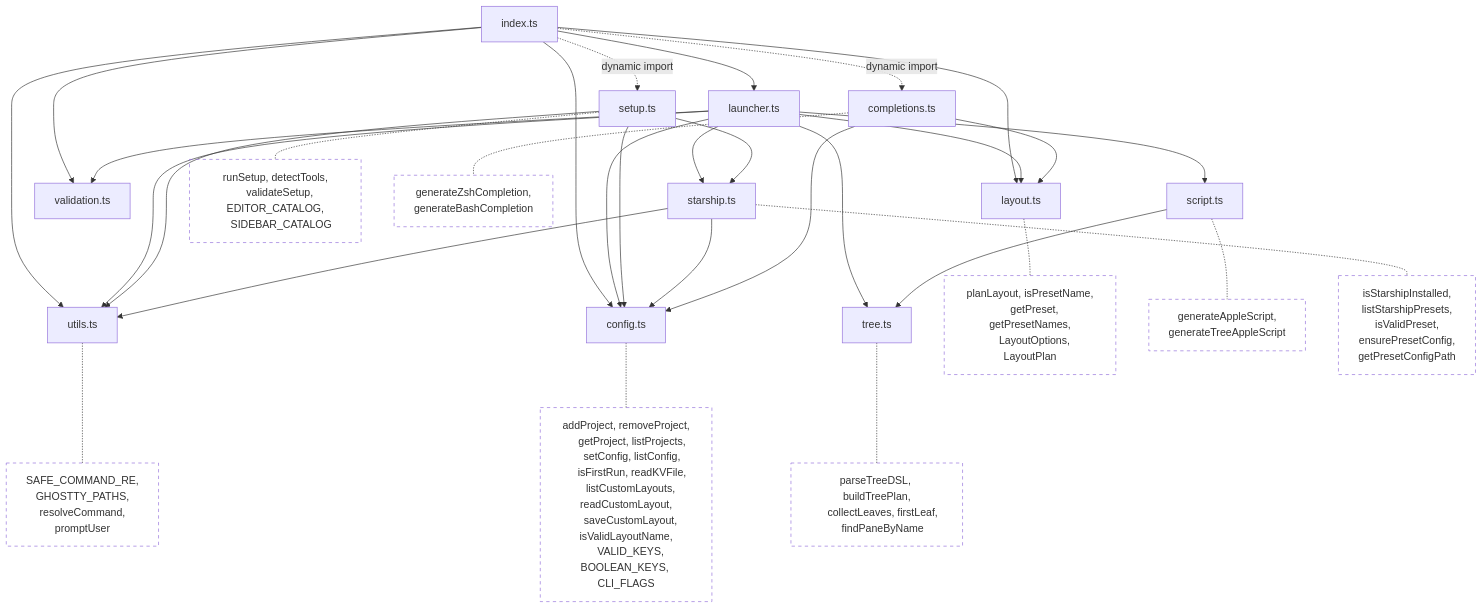
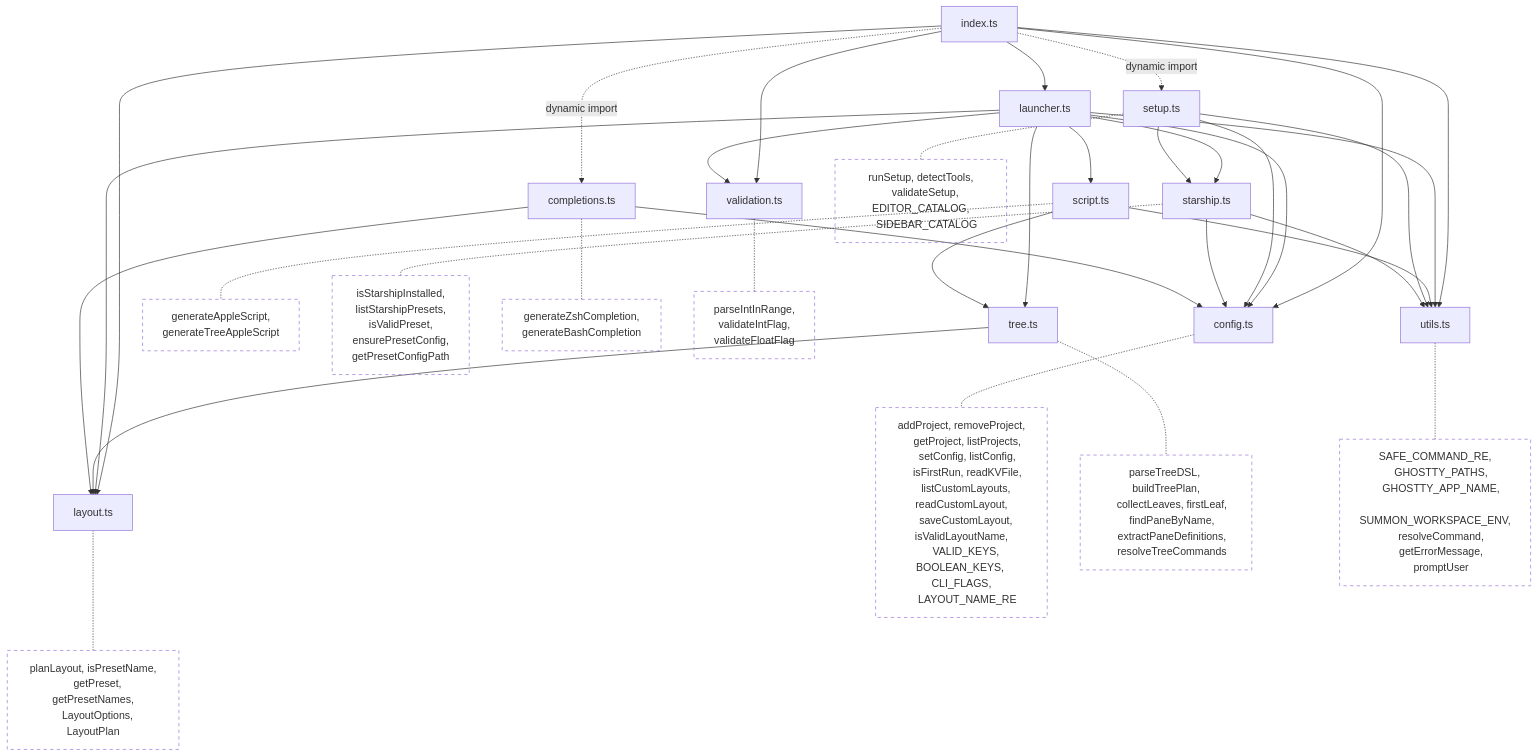
The first of 4 diagrams in docs/architecture.md (juan294/summon), drawn with Mermaid before and after one commit. The commit also changed other lines of this file and 4 other files, not shown here.

````diff
--- a/docs/architecture.md
+++ b/docs/architecture.md
@@ -25,64 +25,76 @@
 ```mermaid
 graph TD
     index[index.ts] --> config[config.ts]
     index --> launcher[launcher.ts]
     index --> layout[layout.ts]
     index --> validation[validation.ts]
     index --> utils[utils.ts]
     index -.->|dynamic import| setup[setup.ts]
     index -.->|dynamic import| completions[completions.ts]
     launcher --> config
     launcher --> layout
     launcher --> script[script.ts]
     launcher --> tree[tree.ts]
     launcher --> utils
     launcher --> validation
     launcher --> starship[starship.ts]
     script --> tree
+    script --> utils
+    tree --> layout
     setup --> config
     setup --> utils
     setup --> starship
     starship --> config
     starship --> utils
     completions --> config
     completions --> layout
 
     config -.- cfg_fns["addProject, removeProject,
     getProject, listProjects,
     setConfig, listConfig,
     isFirstRun, readKVFile,
     listCustomLayouts, readCustomLayout,
     saveCustomLayout, isValidLayoutName,
-    VALID_KEYS, BOOLEAN_KEYS, CLI_FLAGS"]
+    VALID_KEYS, BOOLEAN_KEYS, CLI_FLAGS,
+    LAYOUT_NAME_RE"]
     layout -.- lay_fns["planLayout, isPresetName,
     getPreset, getPresetNames,
     LayoutOptions, LayoutPlan"]
     script -.- scr_fns["generateAppleScript,
     generateTreeAppleScript"]
     tree -.- tree_fns["parseTreeDSL, buildTreePlan,
     collectLeaves, firstLeaf,
-    findPaneByName"]
+    findPaneByName,
+    extractPaneDefinitions,
+    resolveTreeCommands"]
     utils -.- util_fns["SAFE_COMMAND_RE,
     GHOSTTY_PATHS,
+    GHOSTTY_APP_NAME,
+    SUMMON_WORKSPACE_ENV,
     resolveCommand,
+    getErrorMessage,
     promptUser"]
     starship -.- star_fns["isStarshipInstalled,
     listStarshipPresets,
     isValidPreset,
     ensurePresetConfig,
     getPresetConfigPath"]
     setup -.- setup_fns["runSetup, detectTools,
     validateSetup, EDITOR_CATALOG,
     SIDEBAR_CATALOG"]
     completions -.- comp_fns["generateZshCompletion,
     generateBashCompletion"]
+    validation -.- val_fns["parseIntInRange,
+    validateIntFlag,
+    validateFloatFlag"]
 
     style cfg_fns fill:none,stroke-dasharray:5
     style lay_fns fill:none,stroke-dasharray:5
     style scr_fns fill:none,stroke-dasharray:5
     style tree_fns fill:none,stroke-dasharray:5
     style util_fns fill:none,stroke-dasharray:5
     style setup_fns fill:none,stroke-dasharray:5
     style star_fns fill:none,stroke-dasharray:5
     style comp_fns fill:none,stroke-dasharray:5
+    style val_fns fill:none,stroke-dasharray:5
 ```
````
